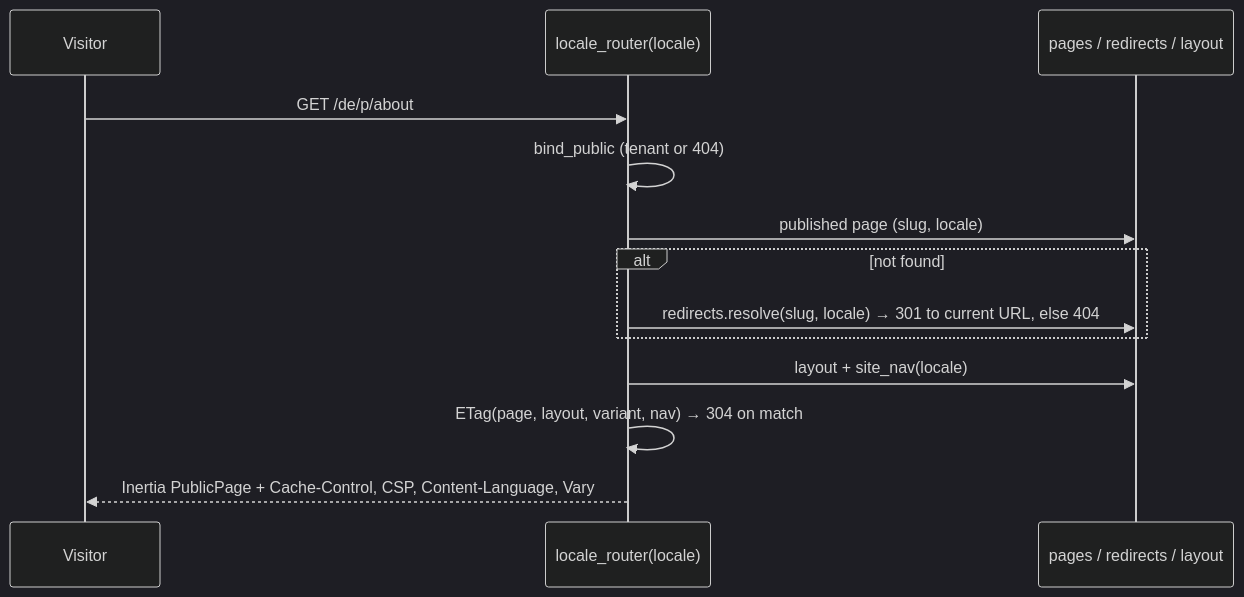
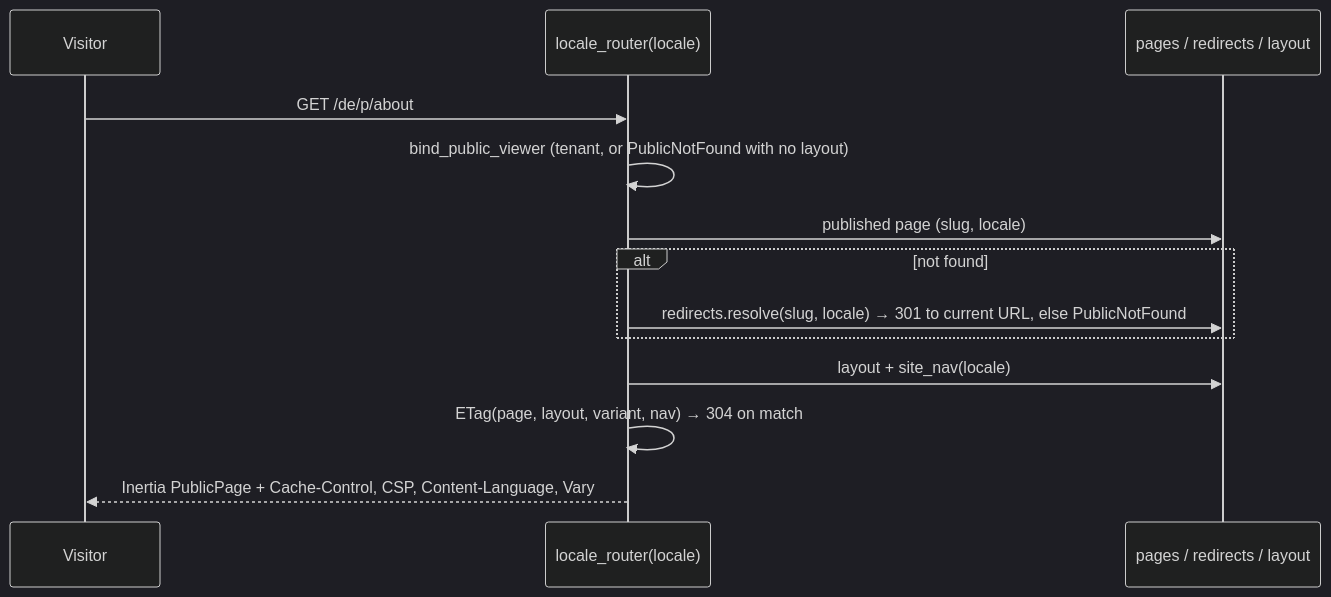
The diagram in modules/pagebuilder/docs/architecture.md (antosubash/smpy_modules), drawn with Mermaid (dark theme) before and after one commit. The commit also changed other lines of this file and 21 other files, not shown here.

First line of the commit message:
pagebuilder: the public viewer's missing-page, preview and edge states are branded and translated (#89)

````diff
--- a/modules/pagebuilder/docs/architecture.md
+++ b/modules/pagebuilder/docs/architecture.md
@@ -103,15 +103,15 @@
 ```mermaid
 sequenceDiagram
   participant V as Visitor
   participant R as locale_router(locale)
   participant DB as pages / redirects / layout
   V->>R: GET /de/p/about
-  R->>R: bind_public (tenant or 404)
+  R->>R: bind_public_viewer (tenant, or PublicNotFound with no layout)
   R->>DB: published page (slug, locale)
   alt not found
-    R->>DB: redirects.resolve(slug, locale) → 301 to current URL, else 404
+    R->>DB: redirects.resolve(slug, locale) → 301 to current URL, else PublicNotFound
   end
   R->>DB: layout + site_nav(locale)
   R->>R: ETag(page, layout, variant, nav) → 304 on match
   R-->>V: Inertia PublicPage + Cache-Control, CSP, Content-Language, Vary
 ```
````
